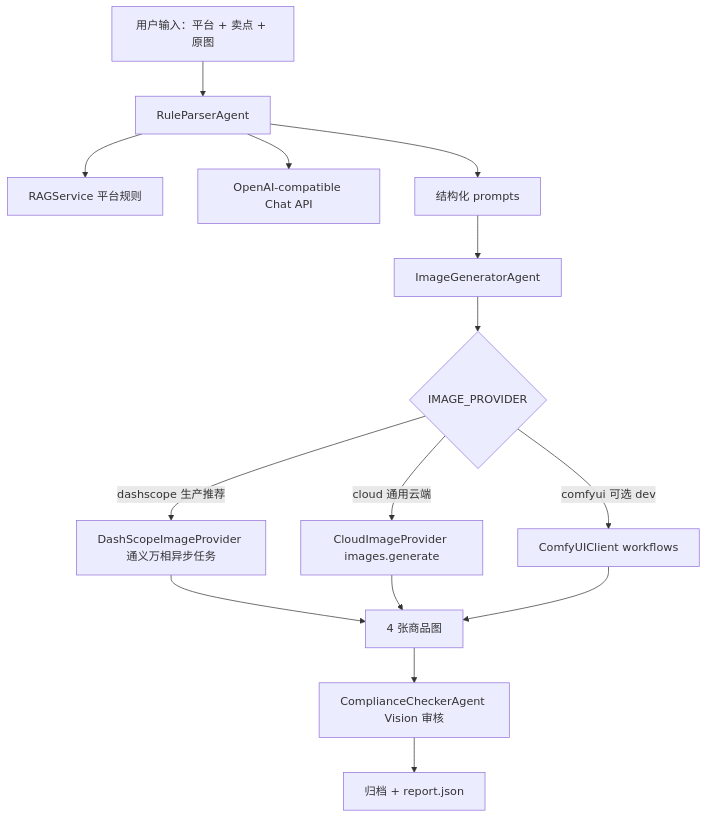
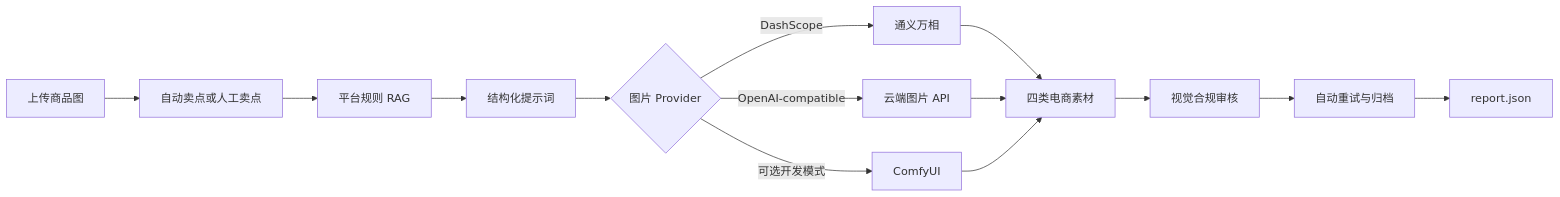
Before and after one commit to zsj00/Dianshna_image: the diagram in MeituEcomAgent/README.md, drawn with Mermaid. The commit also changed other lines of this file and 23 other files, not shown here.

````diff
--- a/MeituEcomAgent/README.md
+++ b/MeituEcomAgent/README.md
@@ -14,17 +48,16 @@
 ```mermaid
-flowchart TD
-    A["用户输入：平台 + 卖点 + 原图"] --> B["RuleParserAgent"]
-    B --> C["RAGService 平台规则"]
-    B --> D["OpenAI-compatible Chat API"]
-    B --> E["结构化 prompts"]
-    E --> F["ImageGeneratorAgent"]
-    F --> G{"IMAGE_PROVIDER"}
-    G -->|dashscope 生产推荐| H["DashScopeImageProvider 通义万相异步任务"]
-    G -->|cloud 通用云端| I["CloudImageProvider images.generate"]
-    G -->|comfyui 可选 dev| J["ComfyUIClient workflows"]
-    H --> K["4 张商品图"]
-    I --> K
-    J --> K
-    K --> L["ComplianceCheckerAgent Vision 审核"]
-    L --> M["归档 + report.json"]
+flowchart LR
+    A[上传商品图] --> B[自动卖点或人工卖点]
+    B --> C[平台规则 RAG]
+    C --> D[结构化提示词]
+    D --> E{图片 Provider}
+    E -->|DashScope| F[通义万相]
+    E -->|OpenAI-compatible| G[云端图片 API]
+    E -->|可选开发模式| H[ComfyUI]
+    F --> I[四类电商素材]
+    G --> I
+    H --> I
+    I --> J[视觉合规审核]
+    J --> K[自动重试与归档]
+    K --> L[report.json]
 ```
````
